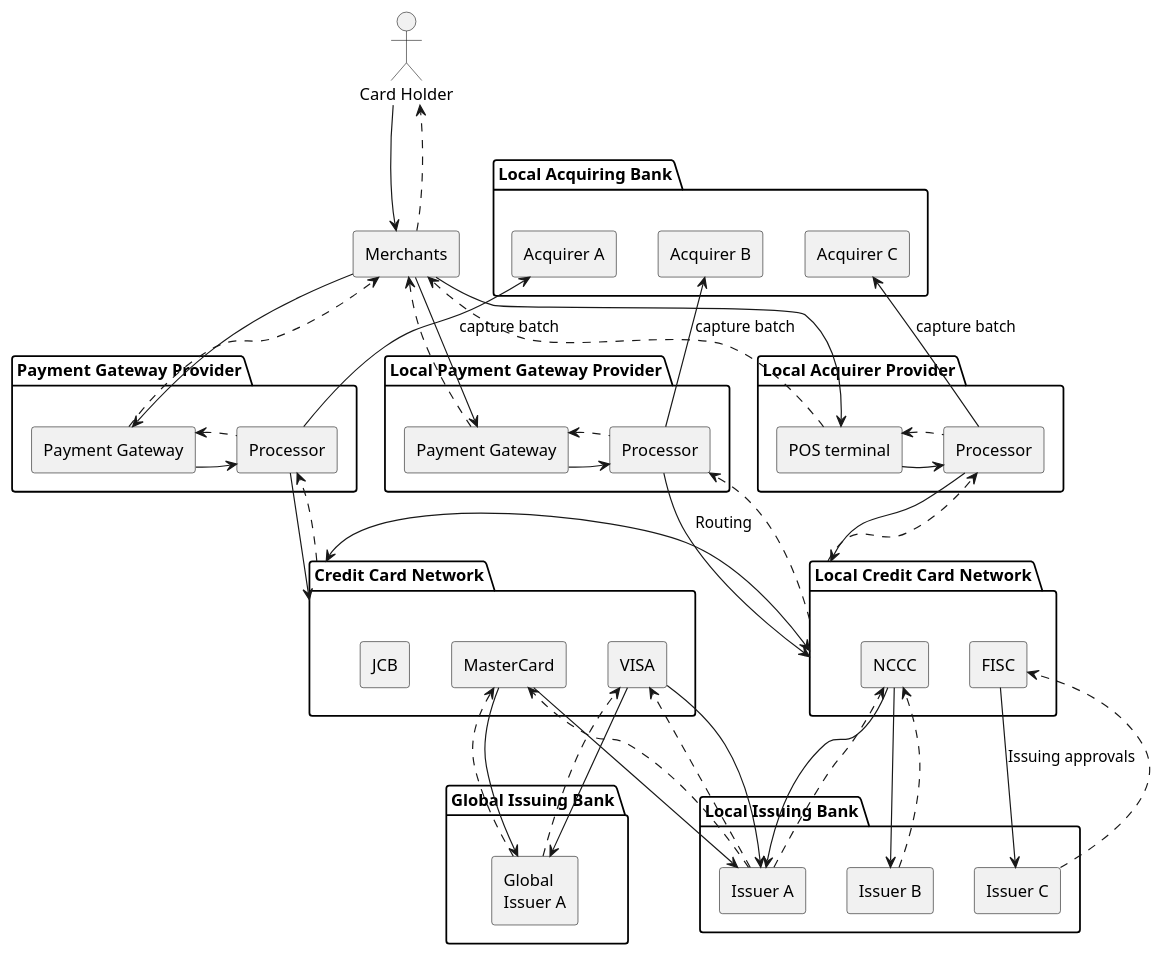
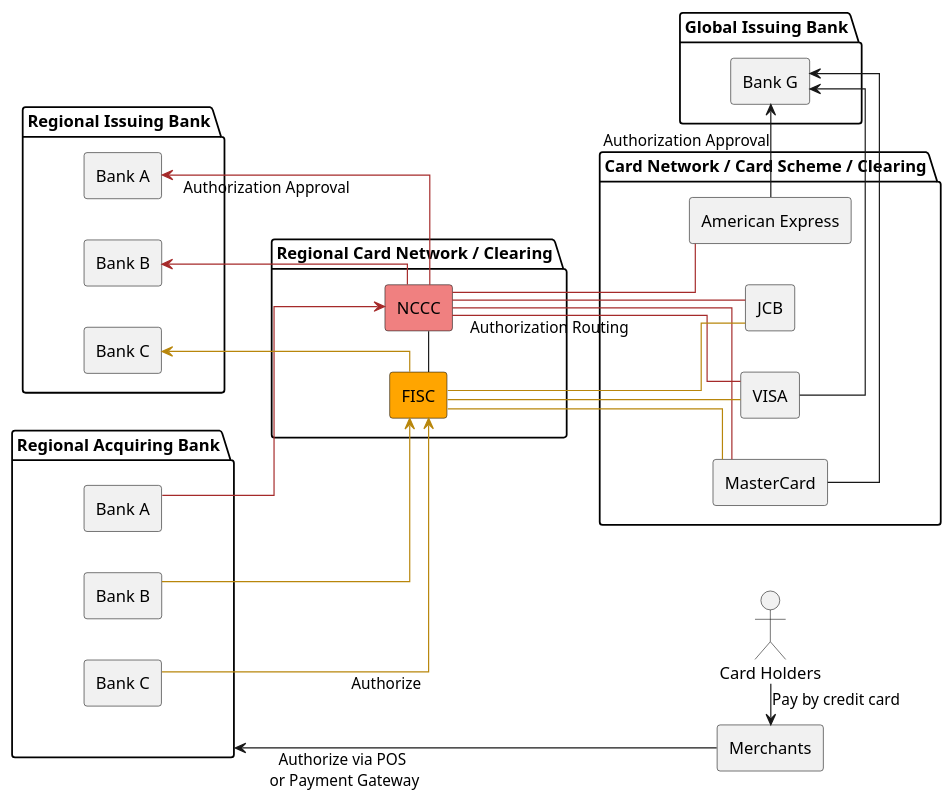
One commit to yidas/web-service-architectures changed the diagram in payment/local-card-services-authorization.plantuml. Above: the diagram before and after it, drawn with PlantUML.

```diff
--- a/payment/local-card-services-authorization.plantuml
+++ b/payment/local-card-services-authorization.plantuml
@@ -1,91 +1,57 @@
 @startuml
+skinparam linetype polyline
+skinparam linetype ortho
+left to right direction
 
-actor "Card Holder" as user
+actor "Card Holders" as user
 agent "Merchants" as merchant
-package "Payment Gateway Provider" {
-  agent "Payment Gateway" as pg
-  agent "Processor" as processor
-}
-package "Payment Gateway Provider" {
-  agent "Payment Gateway" as pg
-  agent "Processor" as processor
-}
-package "Local Payment Gateway Provider" {
-  agent "Payment Gateway" as pg_local
-  agent "Processor" as processor_local
-}
-package "Local Acquirer Provider" {
-  agent "POS terminal" as reader
-  agent "Processor" as processor_acq
-}
-package "Credit Card Network" as ccnet {
+package "Card Network / Card Scheme / Clearing" as ccnet {
   agent "VISA" as visa
   agent "MasterCard" as mc
   agent "JCB" as jcb
+  agent "American Express" as axp
 }
-package "Local Credit Card Network" as ccnet_local {
-  agent "NCCC" as nccc
-  agent "FISC" as fisc
+package "Regional Card Network / Clearing" as ccnet_local {
+  agent "NCCC" as nccc #lightcoral
+  agent "FISC" as fisc #orange
 }
 package "Global Issuing Bank" as issuer_global {
-  agent "Global \nIssuer A" as issuer_global_a
+  agent "Bank G" as issuer_global_a
 }
-package "Local Issuing Bank" as issuer_local {
-  agent "Issuer A" as issuer_a
-  agent "Issuer B" as issuer_b
-  agent "Issuer C" as issuer_c
+package "Regional Issuing Bank" as issuer_local {
+  agent "Bank A" as issuer_a
+  agent "Bank C" as issuer_b
+  agent "Bank B" as issuer_c
 }
-package "Local Acquiring Bank" as acquirer_local {
-  agent "Acquirer A" as acquirer_a
-  agent "Acquirer B" as acquirer_b
-  agent "Acquirer C" as acquirer_c
+package "Regional Acquiring Bank" as acquirer_local {
+  agent "Bank A" as acquirer_a
+  agent "Bank C" as acquirer_b
+  agent "Bank B" as acquirer_c
 }
 
-user -> merchant
 
-merchant -down-> pg
-pg .-> merchant
-pg -right-> processor
-processor .-left-> pg
-processor --> ccnet
-ccnet .-> processor
-processor -up-> acquirer_a: capture batch
+merchant -up--> acquirer_local: Authorize via POS\n or Payment Gateway
 
-merchant -down-> pg_local
-pg_local .-> merchant
-pg_local -right-> processor_local
-processor_local .-left-> pg_local
-processor_local --> ccnet_local
-ccnet_local .-> processor_local
-processor_local -up-> acquirer_b: capture batch
+nccc - fisc
+nccc --[#brown] visa: Authorization Routing
+nccc --[#brown] mc
+nccc --[#brown] jcb
+nccc --[#brown] axp
+fisc --[#darkGoldenRod] visa
+fisc --[#darkGoldenRod] mc
+fisc -[#darkGoldenRod] jcb
 
-merchant -down-> reader
-reader .-> merchant
-reader -right-> processor_acq
-processor_acq .-left-> reader
-processor_acq --> ccnet_local
-ccnet_local .-> processor_acq
-processor_acq -up-> acquirer_c: capture batch
+issuer_a <--[#brown] nccc: Authorization Approval
+acquirer_a --[#brown]> nccc
+issuer_b <--[#darkGoldenRod] fisc
+acquirer_b --[#darkGoldenRod]> fisc: Authorize
+issuer_c <--[#brown] nccc
+acquirer_c --[#darkGoldenRod]> fisc
 
-ccnet <-right-> ccnet_local: Routing
-
-visa --> issuer_a
-issuer_a .-> visa
-mc --> issuer_a
-issuer_a .-> mc
-nccc --> issuer_a
-issuer_a .-> nccc
-nccc --> issuer_b
-issuer_b .-> nccc
-fisc --> issuer_c: Issuing approvals
-issuer_c .-> fisc
-
-visa --> issuer_global_a
-issuer_global_a .-> visa
-mc --> issuer_global_a
-issuer_global_a .-> mc
-
-merchant .-> user
+issuer_global_a <-right- visa
+issuer_global_a <-right- mc
+issuer_global_a <-right- axp: Authorization Approval
 
 
+user -right-> merchant: Pay by credit card 　
 @enduml
```
